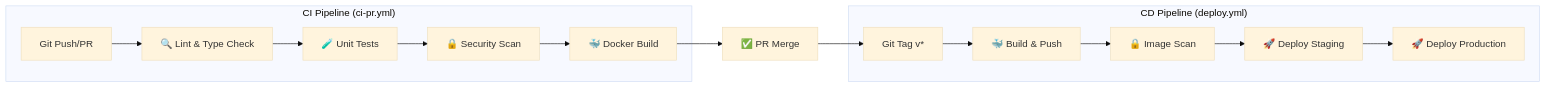
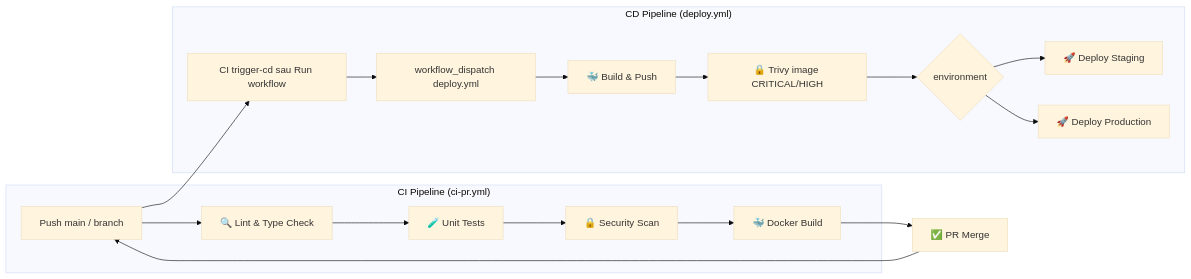
Before and after one commit to neacisu/cerniq_app_v0.0.1: the first of 3 diagrams in docs/infrastructure/ci-cd-pipeline.md, drawn with Mermaid (base theme). The commit also changed other lines of this file and 159 other files, not shown here.

````diff
--- a/docs/infrastructure/ci-cd-pipeline.md
+++ b/docs/infrastructure/ci-cd-pipeline.md
@@ -23,19 +23,22 @@
 ```mermaid
 graph LR
     subgraph CI ["CI Pipeline (ci-pr.yml)"]
         Push[Git Push/PR] --> Lint[🔍 Lint & Type Check]
         Lint --> Test[🧪 Unit Tests]
         Test --> Security[🔒 Security Scan]
         Security --> Build[🐳 Docker Build]
     end
 
     subgraph CD ["CD Pipeline (deploy.yml)"]
-        Tag[Git Tag v*] --> BuildPush[🐳 Build & Push]
-        BuildPush --> Scan[🔒 Image Scan]
-        Scan --> Staging[🚀 Deploy Staging]
-        Staging --> Prod[🚀 Deploy Production]
+        Trig[CI trigger-cd sau Run workflow] --> WFD[workflow_dispatch deploy.yml]
+        WFD --> BuildPush[🐳 Build & Push]
+        BuildPush --> Scan[🔒 Trivy image CRITICAL/HIGH]
+        Scan --> Pick{environment}
+        Pick --> Staging[🚀 Deploy Staging]
+        Pick --> Prod[🚀 Deploy Production]
     end
 
     Build --> Merge[✅ PR Merge]
-    Merge --> Tag
+    Merge --> Push[Push main / branch]
+    Push --> Trig
 ```
````
